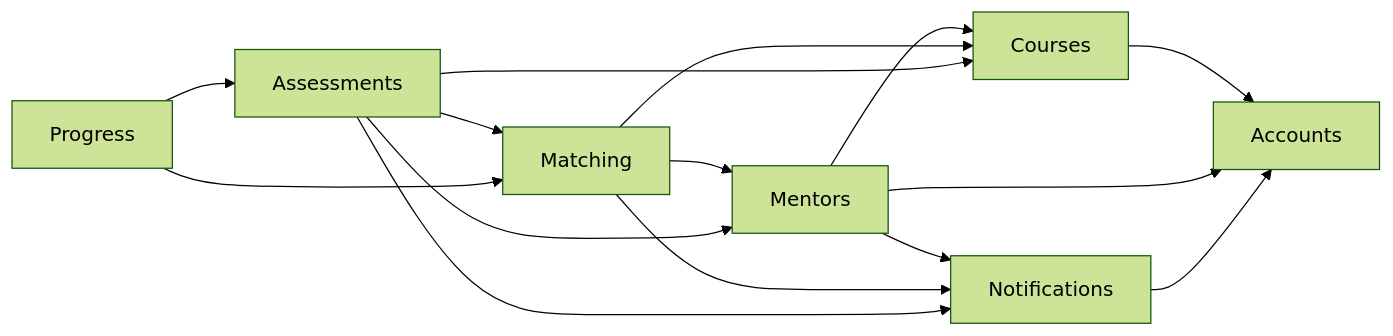
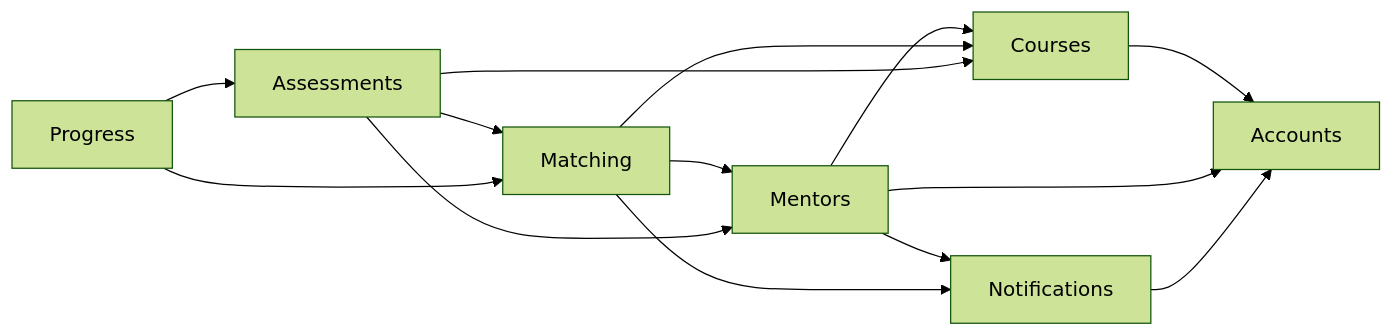
The first of 3 diagrams in _bmad-output/initiative-growmate/architecture-growmate/architecture-growmate.md (swamisails/Grow_Mate), drawn with Mermaid (forest theme) before and after one commit. The commit also changed other lines of this file and 1800 other files, not shown here.

````diff
--- a/_bmad-output/initiative-growmate/architecture-growmate/architecture-growmate.md
+++ b/_bmad-output/initiative-growmate/architecture-growmate/architecture-growmate.md
@@ -75,17 +75,16 @@
 ```mermaid
 graph LR
   Courses --> Accounts
   Mentors --> Accounts
   Mentors --> Courses
   Mentors --> Notifications
   Matching --> Mentors
   Matching --> Courses
   Matching --> Notifications
   Assessments --> Matching
   Assessments --> Courses
   Assessments --> Mentors
-  Assessments --> Notifications
   Progress --> Matching
   Progress --> Assessments
   Notifications --> Accounts
 ```
````
